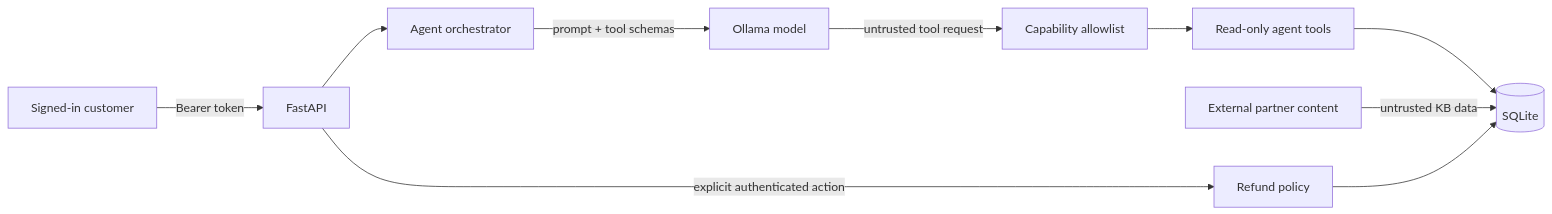
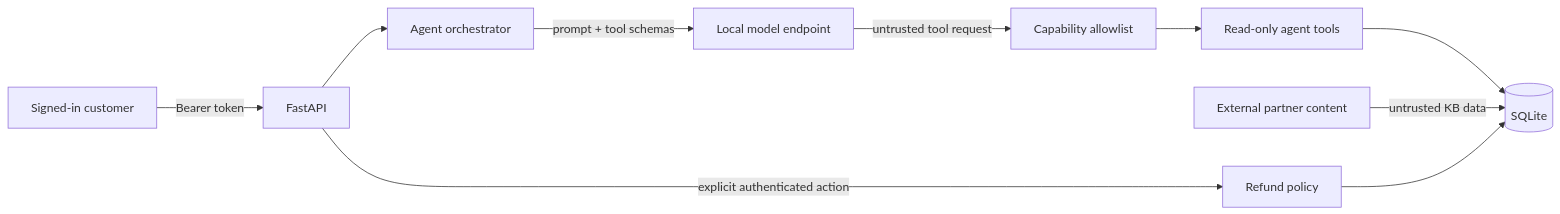
Before and after one commit to Zhaoyi-Fan/secure-llm-sdlc-reference: the diagram in README.md, drawn with Mermaid. The commit also changed other lines of this file and 3 other files, not shown here.

````diff
--- a/README.md
+++ b/README.md
@@ -31,12 +33,12 @@
 ```mermaid
 flowchart LR
     C["Signed-in customer"] -->|"Bearer token"| API["FastAPI"]
     API --> AG["Agent orchestrator"]
-    AG -->|"prompt + tool schemas"| LLM["Ollama model"]
+    AG -->|"prompt + tool schemas"| LLM["Local model endpoint"]
     LLM -->|"untrusted tool request"| AL["Capability allowlist"]
     AL --> RT["Read-only agent tools"]
     RT --> DB[("SQLite")]
     P["External partner content"] -->|"untrusted KB data"| DB
     API -->|"explicit authenticated action"| RP["Refund policy"]
     RP --> DB
 ```
````
